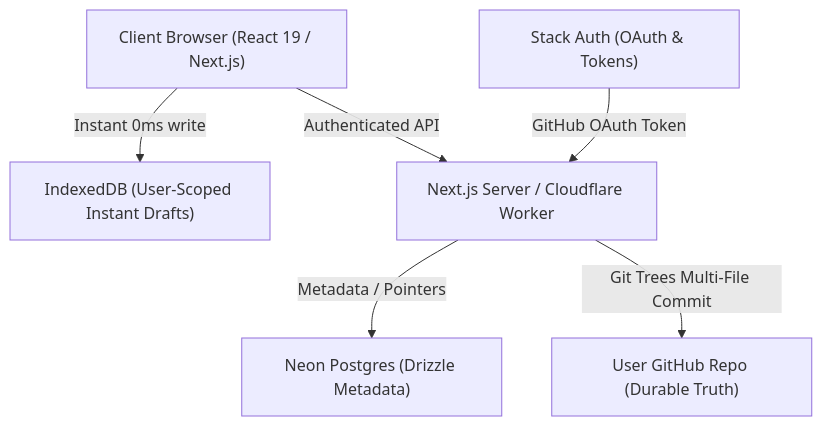
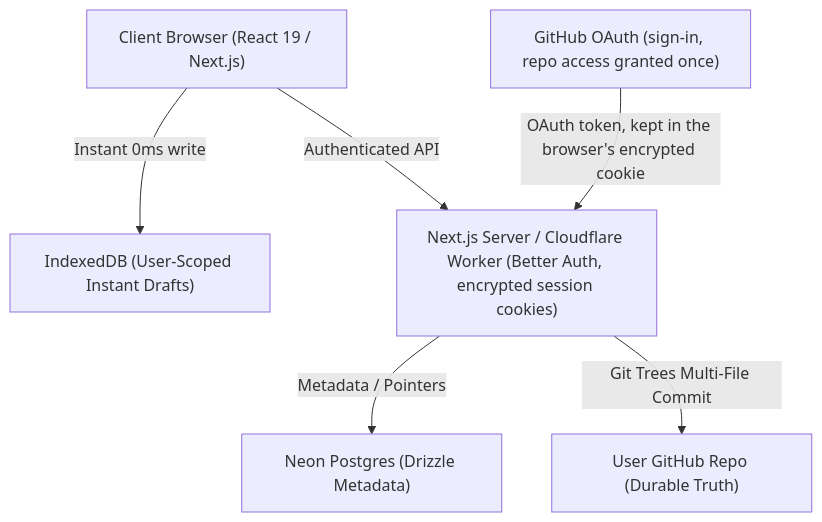
Before and after one commit to playlikeboy/sketchflow: the diagram in docs/ARCHITECTURE.md, drawn with Mermaid. The commit also changed other lines of this file and 58 other files, not shown here.

First line of the commit message:
feat: replace Stack Auth with Better Auth GitHub sign-in

````diff
--- a/docs/ARCHITECTURE.md
+++ b/docs/ARCHITECTURE.md
@@ -26,15 +26,15 @@
 ```mermaid
 graph TD
     Client["Client Browser (React 19 / Next.js)"]
     IDB["IndexedDB (User-Scoped Instant Drafts)"]
-    StackAuth["Stack Auth (OAuth & Tokens)"]
-    NextAPI["Next.js Server / Cloudflare Worker"]
+    GitHubOAuth["GitHub OAuth (sign-in, repo access granted once)"]
+    NextAPI["Next.js Server / Cloudflare Worker (Better Auth, encrypted session cookies)"]
     NeonDB["Neon Postgres (Drizzle Metadata)"]
     GitHub["User GitHub Repo (Durable Truth)"]
 
     Client -->|Instant 0ms write| IDB
     Client -->|Authenticated API| NextAPI
-    StackAuth -->|GitHub OAuth Token| NextAPI
+    GitHubOAuth -->|OAuth token, kept in the browser's encrypted cookie| NextAPI
     NextAPI -->|Metadata / Pointers| NeonDB
     NextAPI -->|Git Trees Multi-File Commit| GitHub
 ```
````
